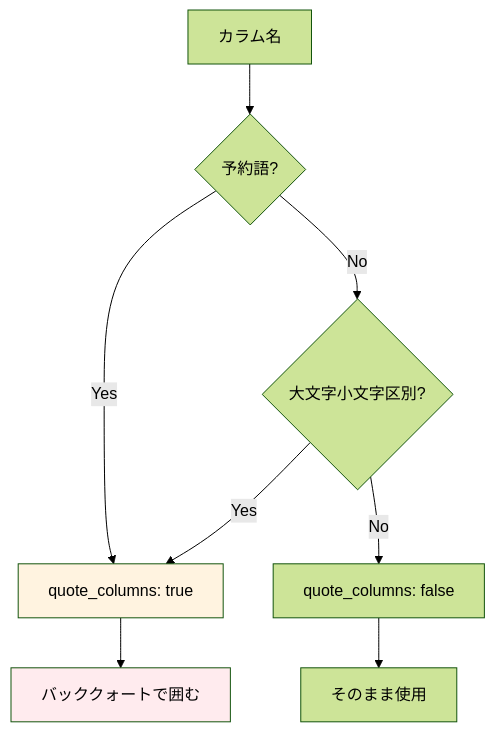
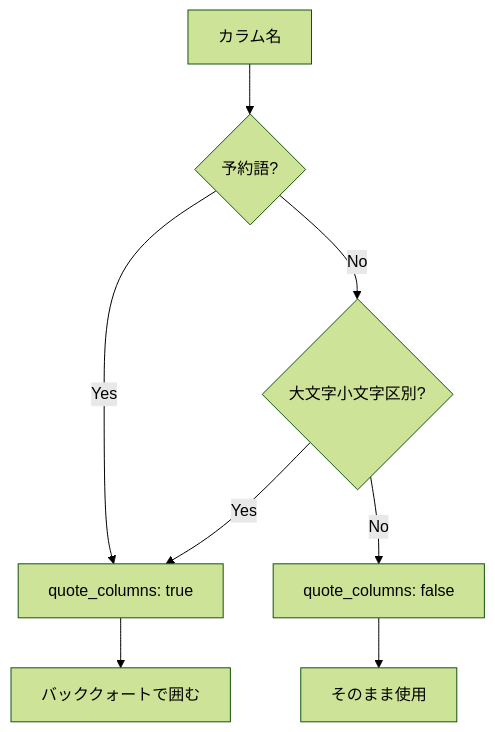
Before and after one commit to 1210yuichi0/1210yuichi0.github.io: the fourth of 8 diagrams in content/Tech/dbt/categories/seed-config.md, drawn with Mermaid (forest theme). The commit also changed other lines of this file and 22 other files, not shown here.

First line of the commit message:
style: remove Mermaid style directives for dark mode compatibility

````diff
--- a/content/Tech/dbt/categories/seed-config.md
+++ b/content/Tech/dbt/categories/seed-config.md
@@ -404,15 +395,13 @@
 ```mermaid
 flowchart TD
     A[カラム名] --> B{予約語?}
     B -->|Yes| C[quote_columns: true]
     B -->|No| D{大文字小文字区別?}
 
     D -->|Yes| C
     D -->|No| E[quote_columns: false]
 
     C --> F[バッククォートで囲む]
     E --> G[そのまま使用]
 
-    style C fill:#fff3e0
-    style F fill:#ffebee
 ```
````
